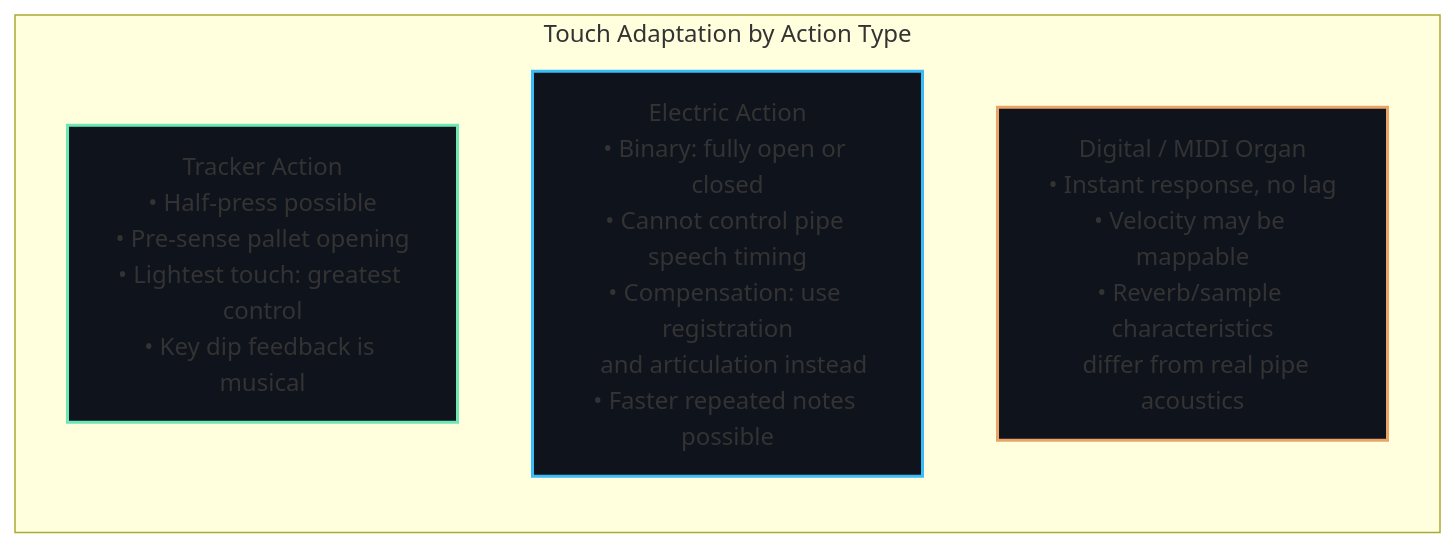
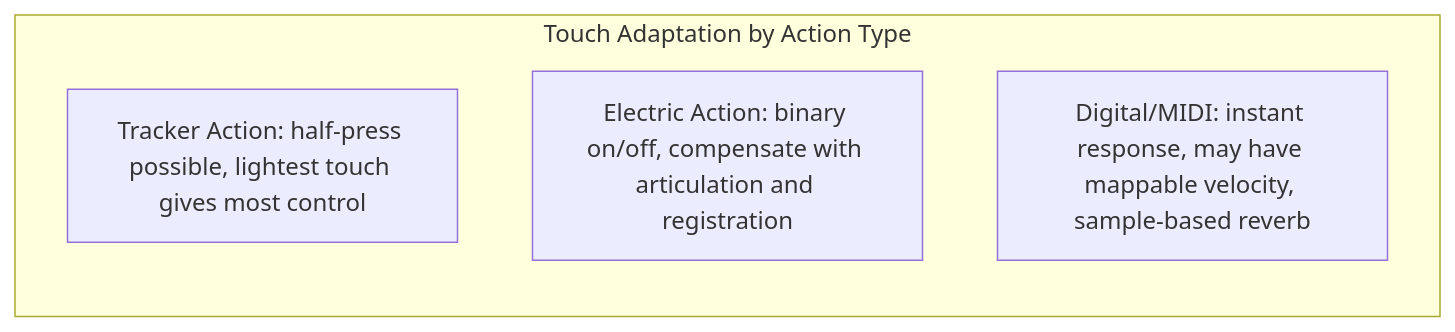
One commit to blebleblee/synapse changed the sixth of 8 diagrams in topics/arts/music_performance/organ/lesson_01_organ_anatomy.md. Above: the diagram before and after it, drawn with Mermaid. The commit also changed other lines of this file and 4 other files, not shown here.

````diff
--- a/topics/arts/music_performance/organ/lesson_01_organ_anatomy.md
+++ b/topics/arts/music_performance/organ/lesson_01_organ_anatomy.md
@@ -530,12 +440,8 @@
 ```mermaid
 graph LR
     subgraph sub_touch_adaptation ["Touch Adaptation by Action Type"]
-        TR["Tracker Action\n• Half-press possible\n• Pre-sense pallet opening\n• Lightest touch: greatest control\n• Key dip feedback is musical"]
-        EL["Electric Action\n• Binary: fully open or closed\n• Cannot control pipe speech timing\n• Compensation: use registration\n  and articulation instead\n• Faster repeated notes possible"]
-        DIG["Digital / MIDI Organ\n• Instant response, no lag\n• Velocity may be mappable\n• Reverb/sample characteristics\n  differ from real pipe acoustics"]
+        TR["Tracker Action: half-press possible, lightest touch gives most control"]
+        EL["Electric Action: binary on/off, compensate with articulation and registration"]
+        DIG["Digital/MIDI: instant response, may have mappable velocity, sample-based reverb"]
     end
-
-    style TR fill:#0F131C,stroke:#6EE7B7,stroke-width:2px
-    style EL fill:#0F131C,stroke:#38BDF8,stroke-width:2px
-    style DIG fill:#0F131C,stroke:#E9A568,stroke-width:2px
 ```
````
